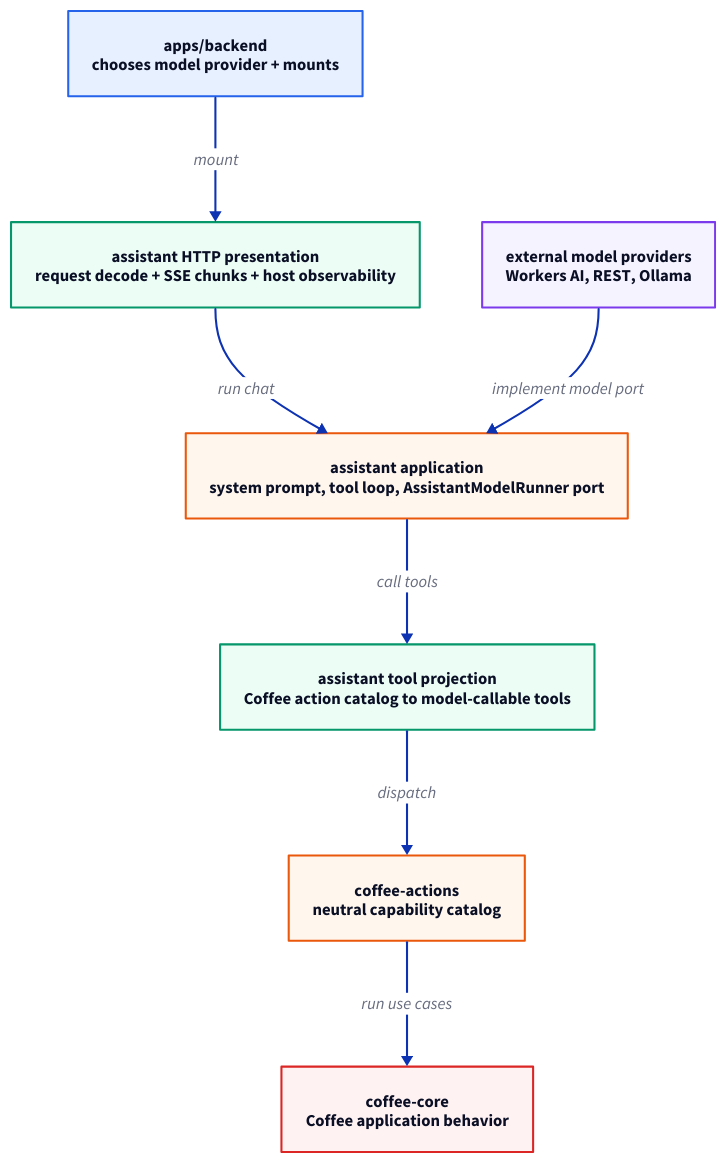
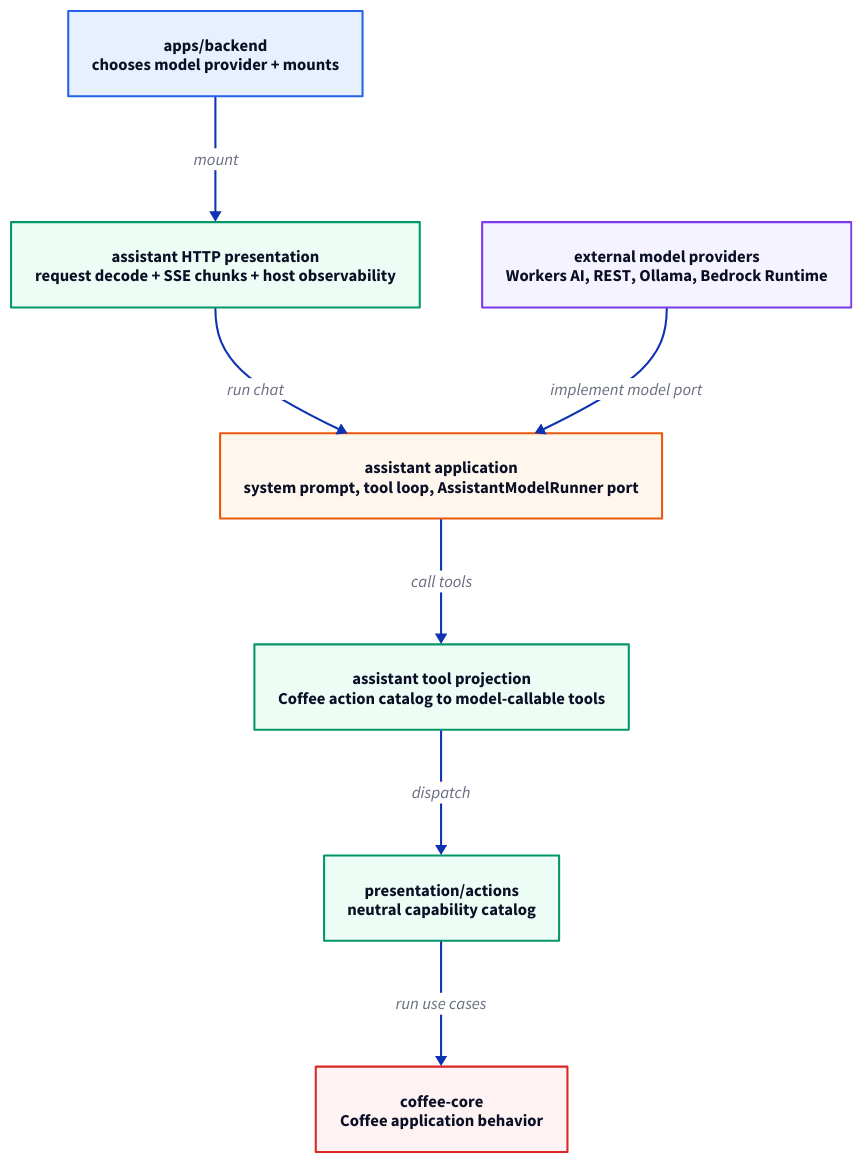
Before and after one commit to kevinmichaelchen/effect-coffee-shop: the diagram in docs/architecture/assistant-boundaries.d2, drawn with D2. The commit also changed 17 other files, not shown here.

```diff
--- a/docs/architecture/assistant-boundaries.d2
+++ b/docs/architecture/assistant-boundaries.d2
@@ -1,59 +1,59 @@
 direction: down
 
 classes: {
   app: {
     style.fill: "#E7F0FF"
     style.stroke: "#2563EB"
   }
   presentation: {
     style.fill: "#ECFDF5"
     style.stroke: "#059669"
   }
   application: {
     style.fill: "#FFF7ED"
     style.stroke: "#EA580C"
   }
   external: {
     style.fill: "#F5F3FF"
     style.stroke: "#7C3AED"
   }
   domain: {
     style.fill: "#FEF2F2"
     style.stroke: "#DC2626"
   }
 }
 
 apps: "apps/backend\nchooses model provider + mounts" {
   class: app
 }
 
 http: "assistant HTTP presentation\nrequest decode + SSE chunks + host observability" {
   class: presentation
 }
 
 assistant: "assistant application\nsystem prompt, tool loop, AssistantModelRunner port" {
   class: application
 }
 
 tools: "assistant tool projection\nCoffee action catalog to model-callable tools" {
   class: presentation
 }
 
-providers: "external model providers\nWorkers AI, REST, Ollama" {
+providers: "external model providers\nWorkers AI, REST, Ollama, Bedrock Runtime" {
   class: external
 }
 
-actions: "coffee-actions\nneutral capability catalog" {
-  class: application
+actions: "presentation/actions\nneutral capability catalog" {
+  class: presentation
 }
 
 core: "coffee-core\nCoffee application behavior" {
   class: domain
 }
 
 apps -> http: "mount"
 http -> assistant: "run chat"
 assistant -> tools: "call tools"
 tools -> actions: "dispatch"
 actions -> core: "run use cases"
 providers -> assistant: "implement model port"
```
